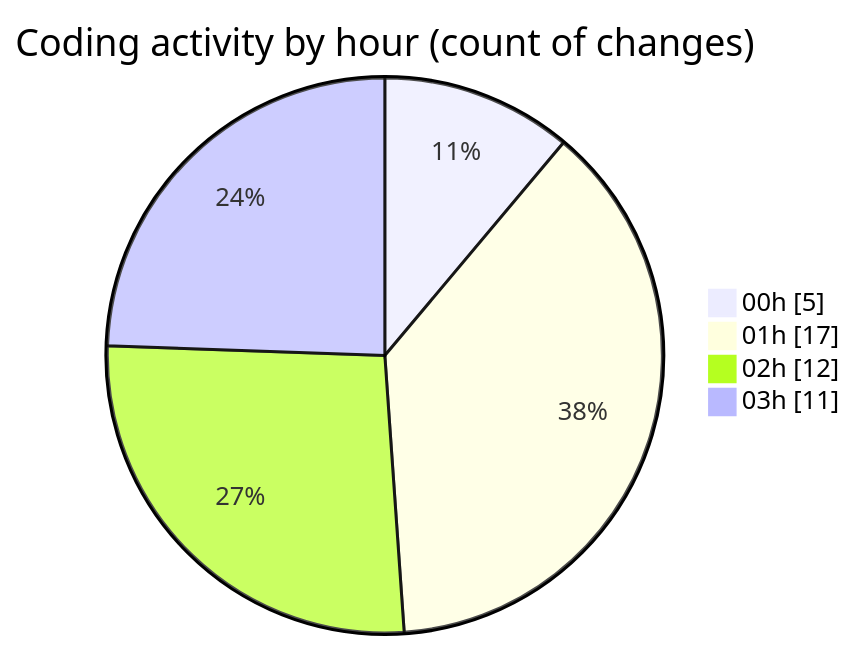
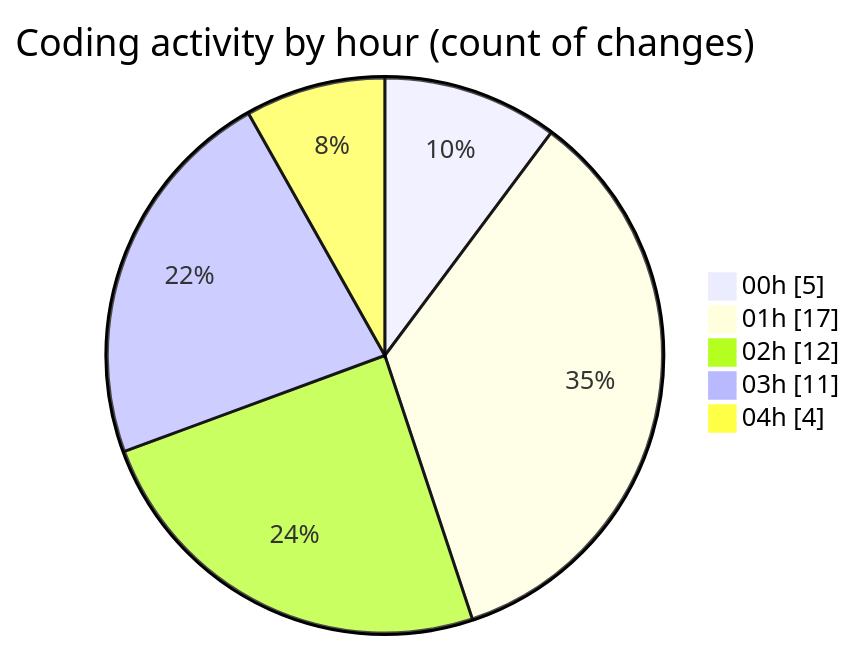
The second of 2 diagrams in 2025-08-04/tw-server/README.md (EIIisD/code-tracking), drawn with Mermaid before and after one commit. The commit also changed other lines of this file and 1 other file, not shown here.

````diff
--- a/2025-08-04/tw-server/README.md
+++ b/2025-08-04/tw-server/README.md
@@ -34,8 +35,9 @@
 ```mermaid
 pie showData
 title Coding activity by hour (count of changes)
 "00h" : 5
 "01h" : 17
 "02h" : 12
 "03h" : 11
+"04h" : 4
 ```
````
